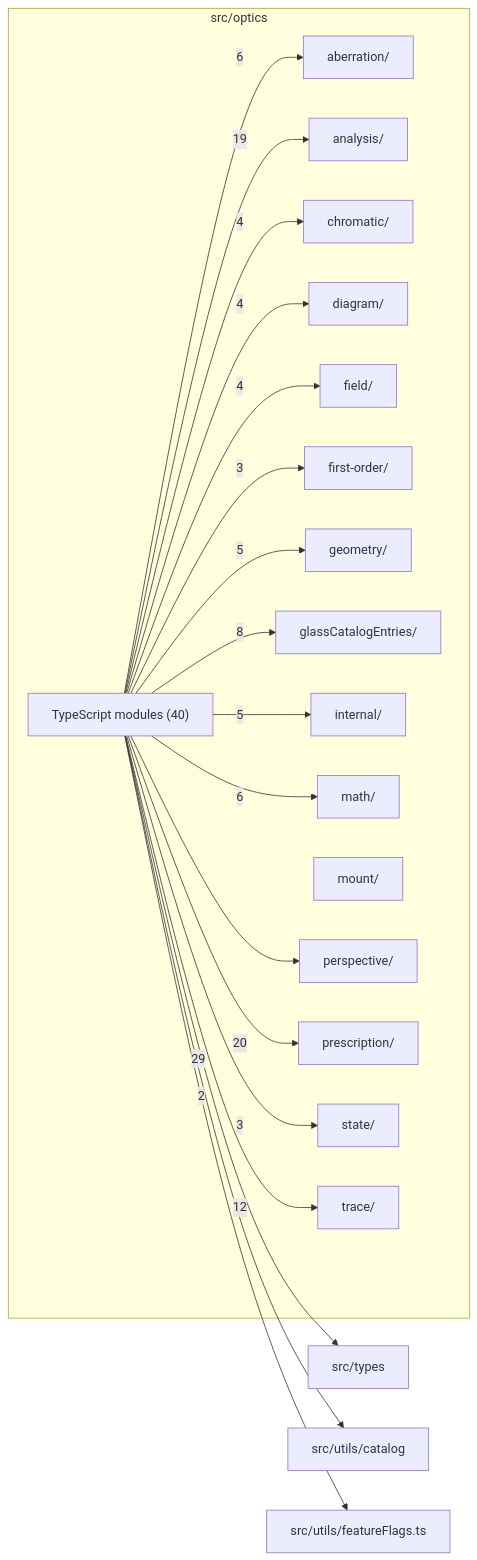
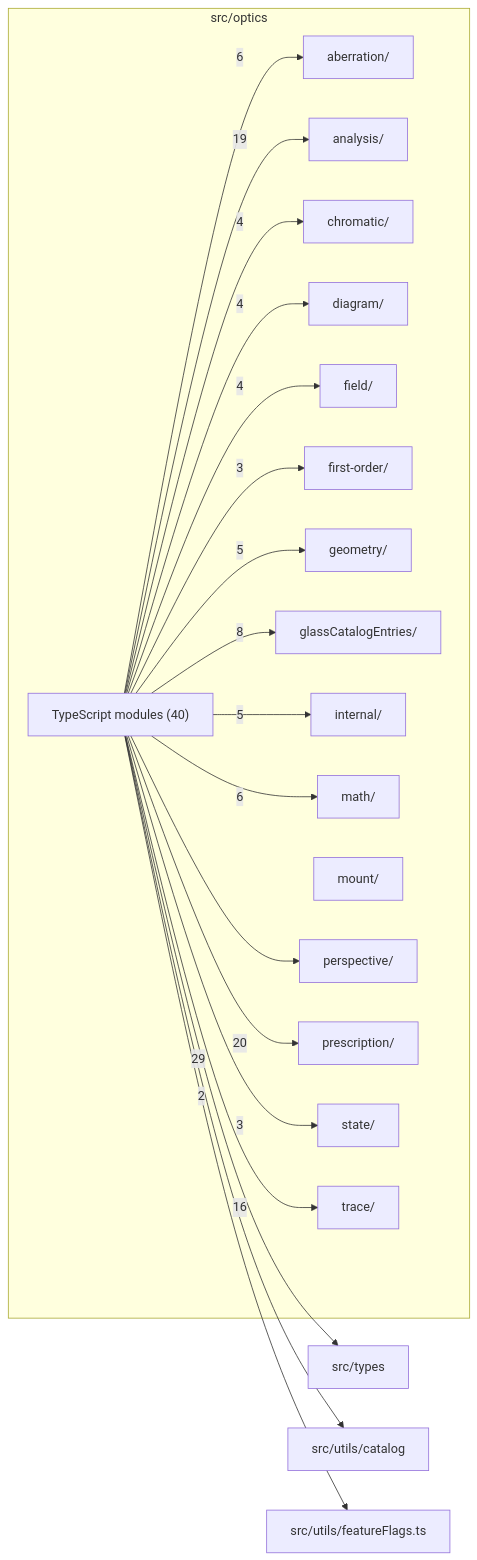
Before and after one commit to ronbuening/LensVisualizer: the diagram in src/optics/readme.md, drawn with Mermaid. The commit also changed other lines of this file and 35 other files, not shown here.

````diff
--- a/src/optics/readme.md
+++ b/src/optics/readme.md
@@ -9,41 +9,41 @@
 ```mermaid
 flowchart LR
   subgraph n_src_optics["src/optics"]
     n_src_optics_src_optics_aberration["aberration/"]
     n_src_optics_src_optics_analysis["analysis/"]
     n_src_optics_src_optics_chromatic["chromatic/"]
     n_src_optics_src_optics_diagram["diagram/"]
     n_src_optics_src_optics_field["field/"]
     n_src_optics_src_optics_first_order["first-order/"]
     n_src_optics_src_optics_geometry["geometry/"]
     n_src_optics_src_optics_glassCatalogEntries["glassCatalogEntries/"]
     n_src_optics_src_optics_internal["internal/"]
     n_src_optics_src_optics_math["math/"]
     n_src_optics_src_optics_mount["mount/"]
     n_src_optics_src_optics_perspective["perspective/"]
     n_src_optics_src_optics_prescription["prescription/"]
     n_src_optics_src_optics_state["state/"]
     n_src_optics_src_optics_trace["trace/"]
     n_src_optics_TypeScript_modules["TypeScript modules (40)"]
   end
   n_external_src_types["src/types"]
   n_external_src_utils_catalog["src/utils/catalog"]
   n_external_src_utils_featureFlags_ts["src/utils/featureFlags.ts"]
   n_src_optics_TypeScript_modules --> |29| n_external_src_types
   n_src_optics_TypeScript_modules --> |20| n_src_optics_src_optics_prescription
   n_src_optics_TypeScript_modules --> |19| n_src_optics_src_optics_analysis
-  n_src_optics_TypeScript_modules --> |12| n_src_optics_src_optics_trace
+  n_src_optics_TypeScript_modules --> |16| n_src_optics_src_optics_trace
   n_src_optics_TypeScript_modules --> |8| n_src_optics_src_optics_glassCatalogEntries
   n_src_optics_TypeScript_modules --> |6| n_src_optics_src_optics_aberration
   n_src_optics_TypeScript_modules --> |6| n_src_optics_src_optics_math
   n_src_optics_TypeScript_modules --> |5| n_src_optics_src_optics_geometry
   n_src_optics_TypeScript_modules --> |5| n_src_optics_src_optics_internal
   n_src_optics_TypeScript_modules --> |4| n_src_optics_src_optics_chromatic
   n_src_optics_TypeScript_modules --> |4| n_src_optics_src_optics_diagram
   n_src_optics_TypeScript_modules --> |4| n_src_optics_src_optics_field
   n_src_optics_TypeScript_modules --> |3| n_src_optics_src_optics_first_order
   n_src_optics_TypeScript_modules --> |3| n_src_optics_src_optics_state
   n_src_optics_TypeScript_modules --> |2| n_external_src_utils_catalog
   n_src_optics_TypeScript_modules --> n_external_src_utils_featureFlags_ts
   n_src_optics_TypeScript_modules --> n_src_optics_src_optics_perspective
 ```
````
